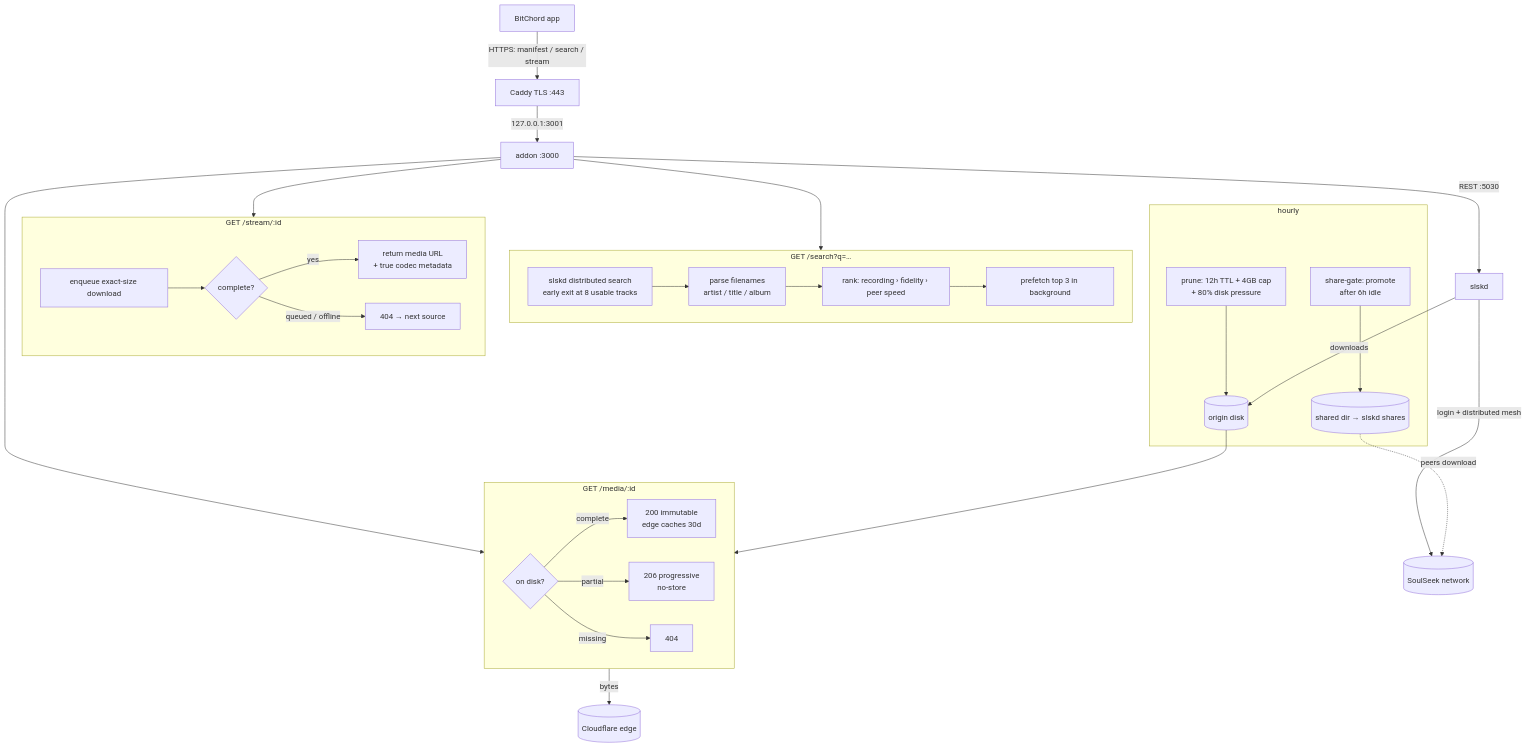
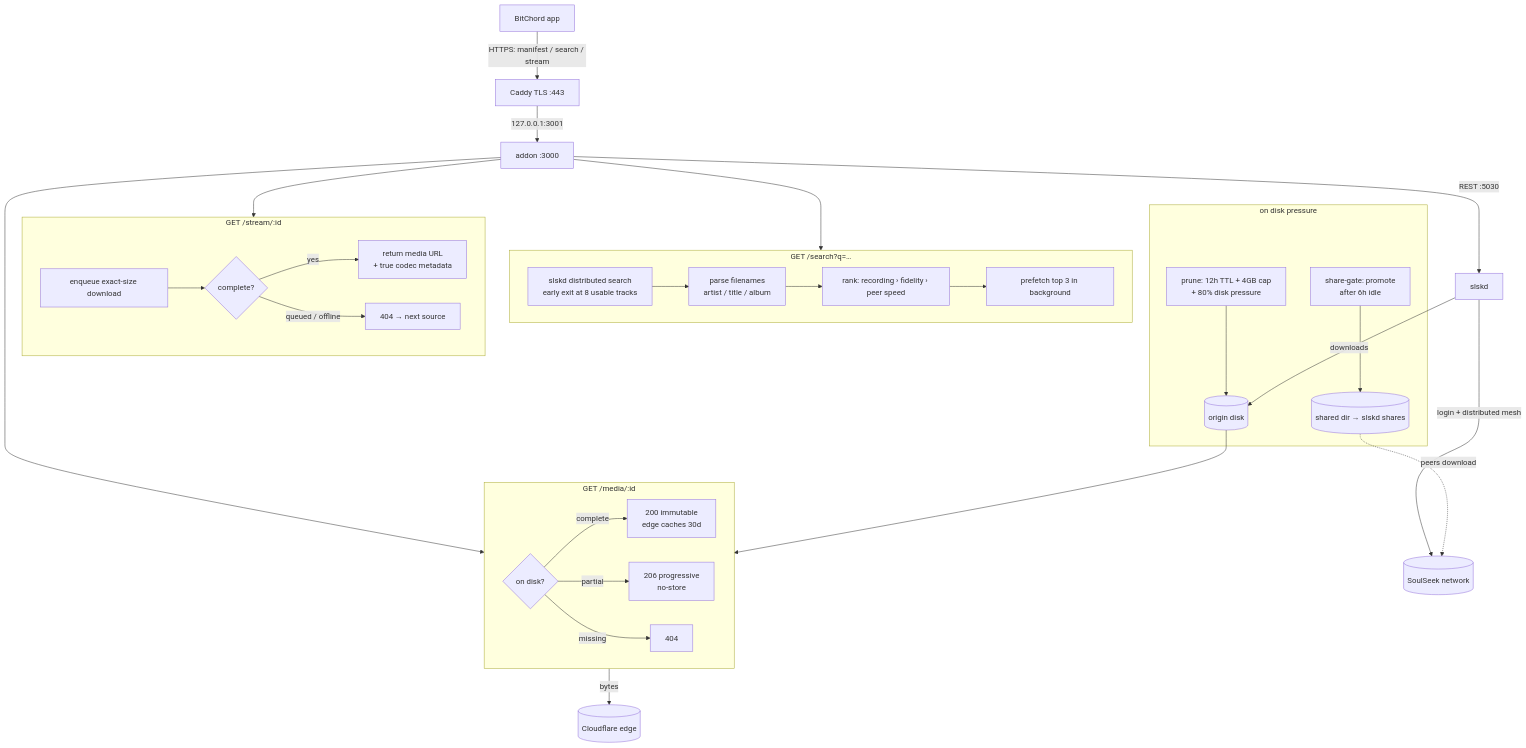
One commit to itsmeadarsh2008/soulseek-addon changed the diagram in README.md. Above: the diagram before and after it, drawn with Mermaid. The commit also changed other lines of this file, not shown here.

````diff
--- a/README.md
+++ b/README.md
@@ -9,39 +9,39 @@
 ```mermaid
 flowchart TD
     BC[BitChord app] -->|HTTPS: manifest / search / stream| Caddy[Caddy TLS :443]
     Caddy -->|127.0.0.1:3001| Addon[addon :3000]
     Addon -->|REST :5030| SLSKD[slskd]
     SLSKD -->|login + distributed mesh| SL[(SoulSeek network)]
 
     subgraph Search["GET /search?q=…"]
         S1[slskd distributed search<br/>early exit at 8 usable tracks] --> S2[parse filenames<br/>artist / title / album]
         S2 --> S3[rank: recording › fidelity › peer speed]
         S3 --> S4[prefetch top 3 in background]
     end
 
     subgraph Stream["GET /stream/:id"]
         T1[enqueue exact-size download] --> T2{complete?}
         T2 -->|yes| T3[return media URL<br/>+ true codec metadata]
         T2 -->|queued / offline| T4[404 → next source]
     end
 
     subgraph Media["GET /media/:id"]
         M1{on disk?} -->|complete| M2[200 immutable<br/>edge caches 30d]
         M1 -->|partial| M3[206 progressive<br/>no-store]
         M1 -->|missing| M4[404]
     end
 
     Addon --> Search
     Addon --> Stream
     Addon --> Media
     Media -->|bytes| CF[(Cloudflare edge)]
 
-    subgraph Upkeep["hourly"]
+    subgraph Upkeep["on disk pressure"]
         P1[prune: 12h TTL + 4GB cap<br/>+ 80% disk pressure] --> D[(origin disk)]
         G1[share-gate: promote<br/>after 6h idle] --> SH[(shared dir → slskd shares)]
     end
 
     SLSKD -->|downloads| D
     D --> Media
     SH -.->|peers download| SL
 ```
````
